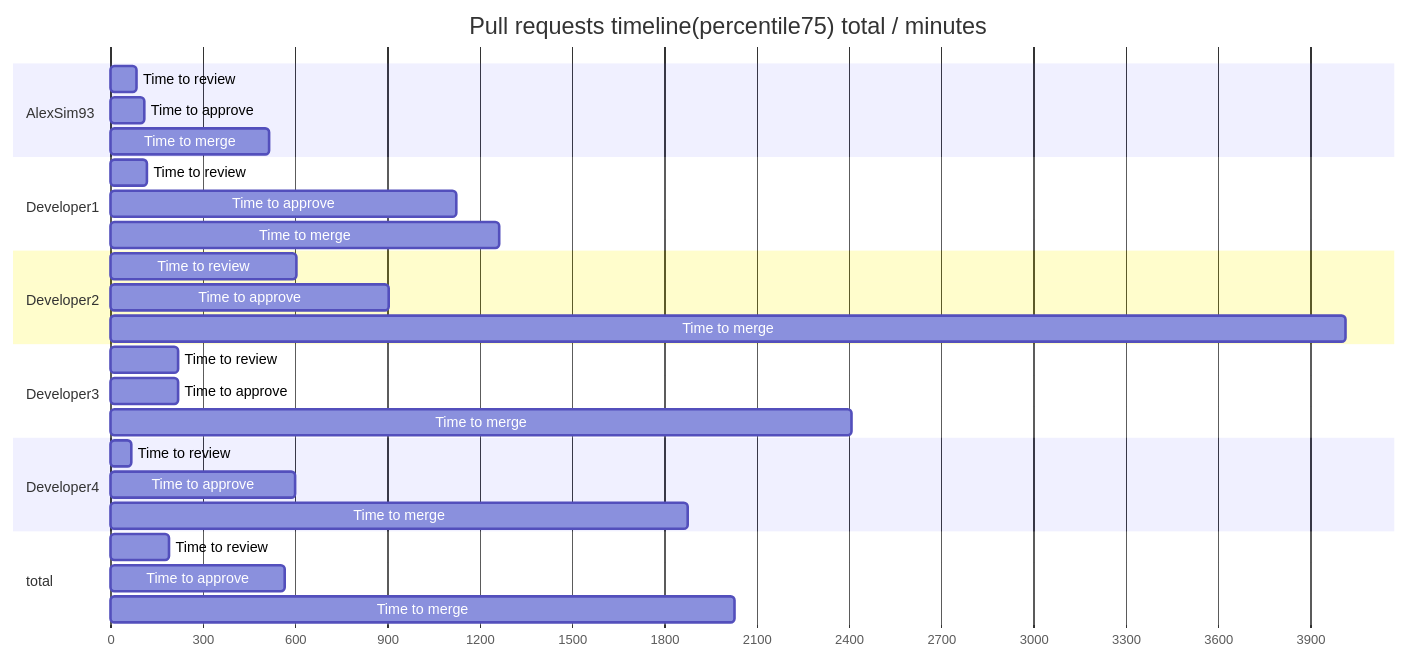
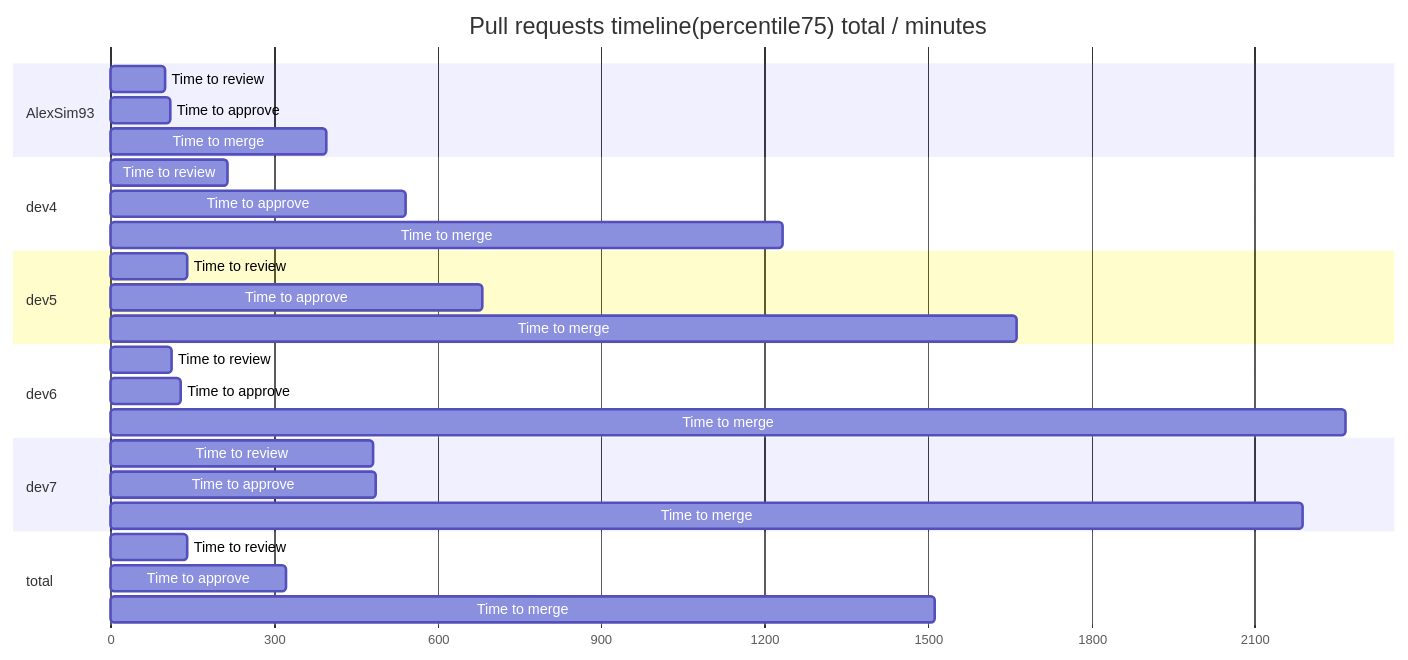
One commit to AlexSim93/pull-request-analytics-action changed diagram 14 of 20 in examples/nPRsReport.md. Above: the diagram before and after it, drawn with Mermaid. The commit also changed other lines of this file and 3 other files, not shown here.

````diff
--- a/examples/nPRsReport.md
+++ b/examples/nPRsReport.md
@@ -418,36 +324,36 @@
 ```mermaid
 gantt
 title Pull requests timeline(percentile75) total / minutes
 dateFormat X
 axisFormat %s
 section AlexSim93
-                Time to review :  0, 85
+                Time to review :  0, 99
 Time to approve :  0, 110
-Time to merge :  0, 515
-        
-section Developer1
-                Time to review :  0, 118
-Time to approve :  0, 1123
-Time to merge :  0, 1263
-        
-section Developer2
-                Time to review :  0, 602
-Time to approve :  0, 905
-Time to merge :  0, 4012
-        
-section Developer3
-                Time to review :  0, 218
-Time to approve :  0, 218
-Time to merge :  0, 2407
-        
-section Developer4
-                Time to review :  0, 68
-Time to approve :  0, 600
-Time to merge :  0, 1873
-        
+Time to merge :  0, 395
+
+section dev4
+                Time to review :  0, 215
+Time to approve :  0, 542
+Time to merge :  0, 1233
+
+section dev5
+                Time to review :  0, 141
+Time to approve :  0, 683
+Time to merge :  0, 1663
+
+section dev6
+                Time to review :  0, 112
+Time to approve :  0, 129
+Time to merge :  0, 2266
+
+section dev7
+                Time to review :  0, 482
+Time to approve :  0, 486
+Time to merge :  0, 2187
+
 section total
-                Time to review :  0, 188
-Time to approve :  0, 565
-Time to merge :  0, 2028
-        
+                Time to review :  0, 141
+Time to approve :  0, 323
+Time to merge :  0, 1513
+
 ```
````
